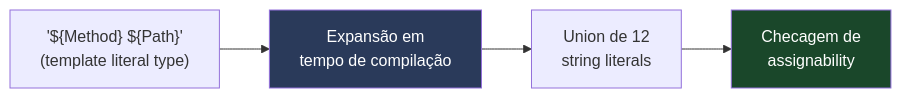
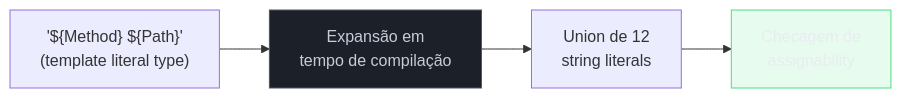
One commit to josenaldo/codex-technomanticus changed the first of 4 diagrams in 03-Dominios/Tecnologia/TypeScript/17 - Template literal types.md. Above: the diagram before and after it, drawn with Mermaid. The commit also changed other lines of this file and 1181 other files, not shown here.

First line of the commit message:
fix(diagramas): paleta do sistema no lugar de cor cravada no markdown

````diff
--- a/03-Dominios/Tecnologia/TypeScript/17 - Template literal types.md
+++ b/03-Dominios/Tecnologia/TypeScript/17 - Template literal types.md
@@ -59,12 +59,14 @@
 ```mermaid
 flowchart LR
+    classDef neutro fill:#1B2029,stroke:#4E5666,color:#C6CCD8
+    classDef ok fill:#4ADE8021,stroke:#4ADE80,color:#E9ECF2
     TL["'${Method} ${Path}'\n(template literal type)"]
     EX["Expansão em\ntempo de compilação"]
     UN["Union de 12\nstring literals"]
     CHK["Checagem de\nassignability"]
 
     TL --> EX --> UN --> CHK
 
-    style EX fill:#2a3a5a,color:#fff
-    style CHK fill:#1a472a,color:#fff
+    class EX neutro
+    class CHK ok
 ```
````
